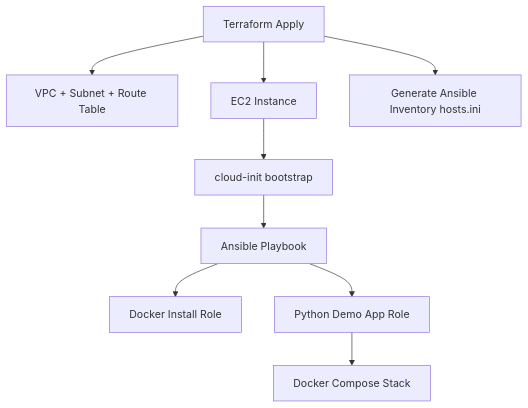
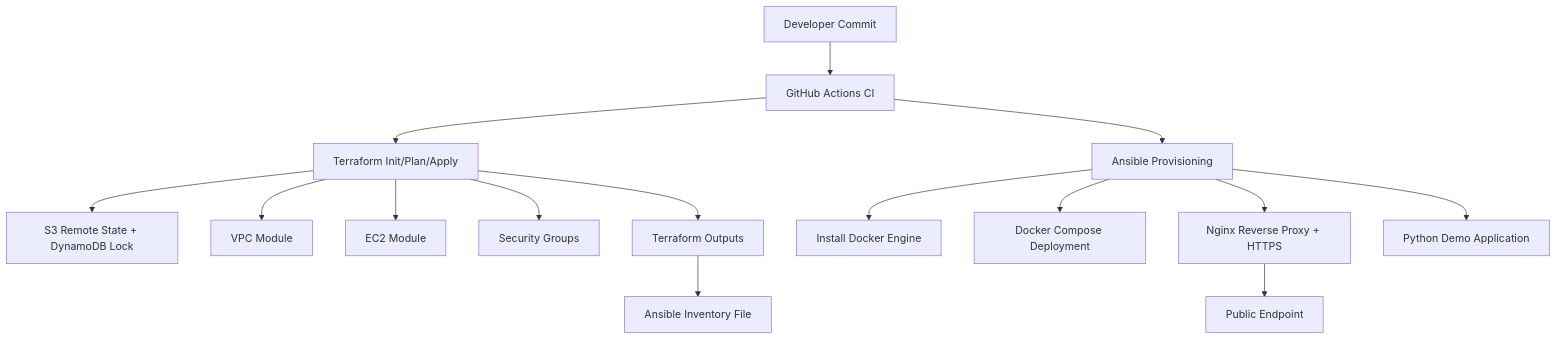
One commit to LaurisNeimanis/ccore-ai-infra changed the diagram in diagrams/architecture.mmd. Above: the diagram before and after it, drawn with Mermaid. The commit also changed 8 other files, not shown here.

Commit message:
refactor: replace internal demo app with external ccore-ai-demo backend/frontend images

```diff
--- a/diagrams/architecture.mmd
+++ b/diagrams/architecture.mmd
@@ -1,12 +1,21 @@
 flowchart TD
-    A[Terraform Apply] --> B[VPC + Subnet + Route Table]
-    A --> C[EC2 Instance]
-    A --> D[Generate Ansible Inventory hosts.ini]
 
-    C --> E[cloud-init bootstrap]
-    E --> F[Ansible Playbook]
+    A[Developer Commit] --> B[GitHub Actions CI]
 
-    F --> G[Docker Install Role]
-    F --> H[Python Demo App Role]
+    B --> C[Terraform Init/Plan/Apply]
+    C --> D[S3 Remote State + DynamoDB Lock]
 
-    H --> I[Docker Compose Stack]
+    C --> E[VPC Module]
+    C --> F[EC2 Module]
+    C --> G[Security Groups]
+
+    C --> H[Terraform Outputs]
+    H --> I[Ansible Inventory File]
+
+    B --> J[Ansible Provisioning]
+    J --> K[Install Docker Engine]
+    J --> L[Docker Compose Deployment]
+    J --> M[Nginx Reverse Proxy + HTTPS]
+    J --> N[Python Demo Application]
+
+    M --> O[Public Endpoint]
```
